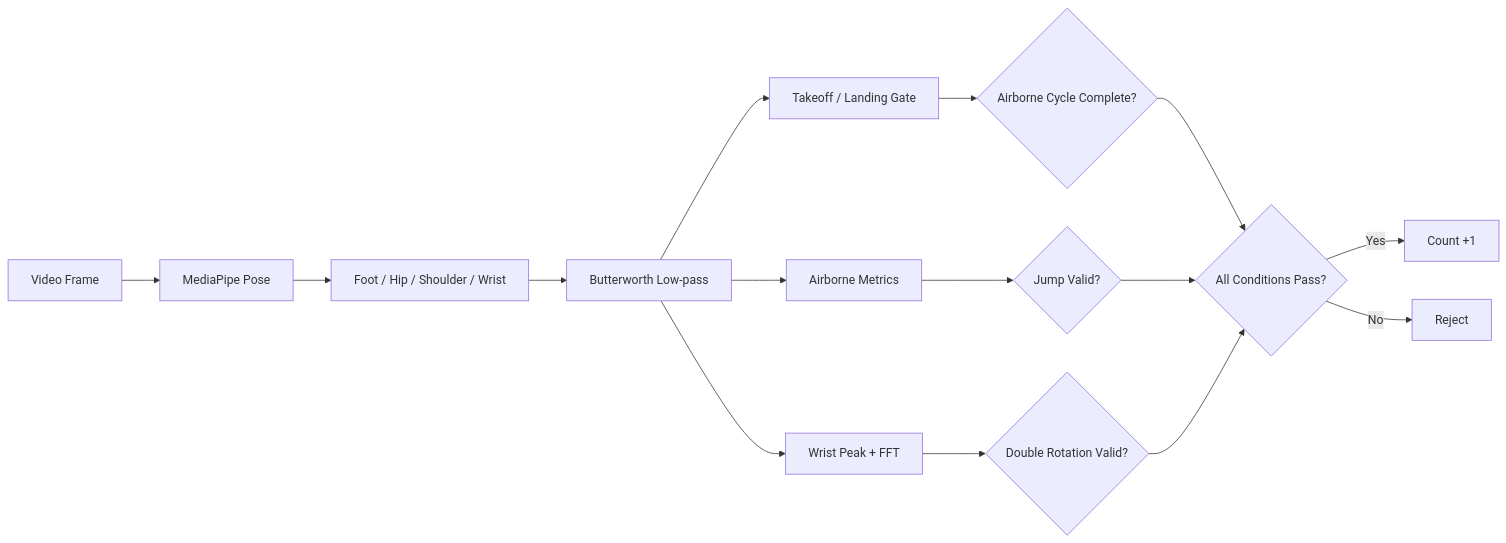
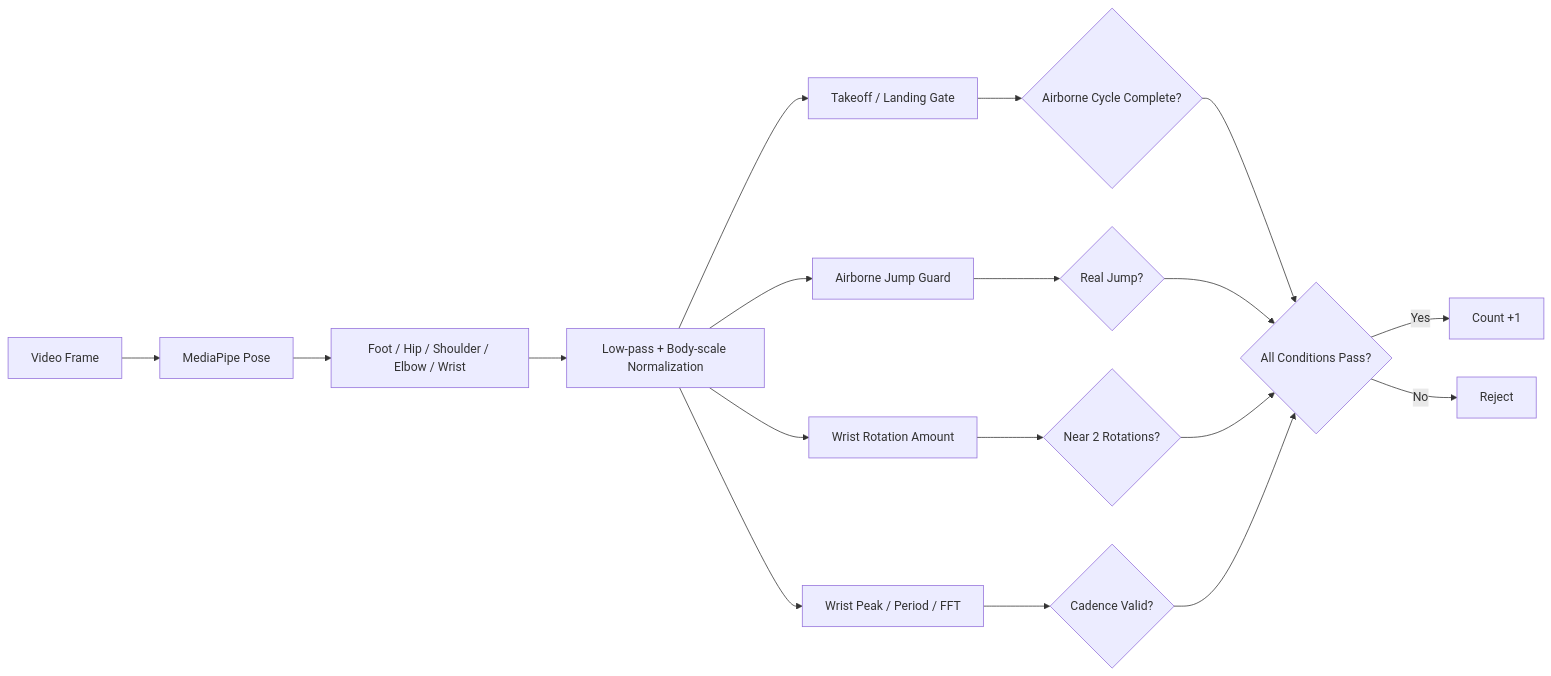
Before and after one commit to Hooneybadger/jump-rope-detector: the first of 5 diagrams in double_jump/README.md, drawn with Mermaid. The commit also changed other lines of this file and 4 other files, not shown here.

````diff
--- a/double_jump/README.md
+++ b/double_jump/README.md
@@ -17,17 +17,20 @@
 ```mermaid
 flowchart LR
     A[Video Frame] --> B[MediaPipe Pose]
-    B --> C[Foot / Hip / Shoulder / Wrist]
-    C --> D[Butterworth Low-pass]
+    B --> C[Foot / Hip / Shoulder / Elbow / Wrist]
+    C --> D[Low-pass + Body-scale Normalization]
     D --> E[Takeoff / Landing Gate]
-    D --> F[Airborne Metrics]
-    D --> G[Wrist Peak + FFT]
-    E --> H{Airborne Cycle Complete?}
-    F --> I{Jump Valid?}
-    G --> J{Double Rotation Valid?}
-    H --> K{All Conditions Pass?}
-    I --> K
-    J --> K
-    K -->|Yes| L[Count +1]
-    K -->|No| M[Reject]
+    D --> F[Airborne Jump Guard]
+    D --> G[Wrist Rotation Amount]
+    D --> H[Wrist Peak / Period / FFT]
+    E --> I{Airborne Cycle Complete?}
+    F --> J{Real Jump?}
+    G --> K{Near 2 Rotations?}
+    H --> L{Cadence Valid?}
+    I --> M{All Conditions Pass?}
+    J --> M
+    K --> M
+    L --> M
+    M -->|Yes| N[Count +1]
+    M -->|No| O[Reject]
 ```
````
